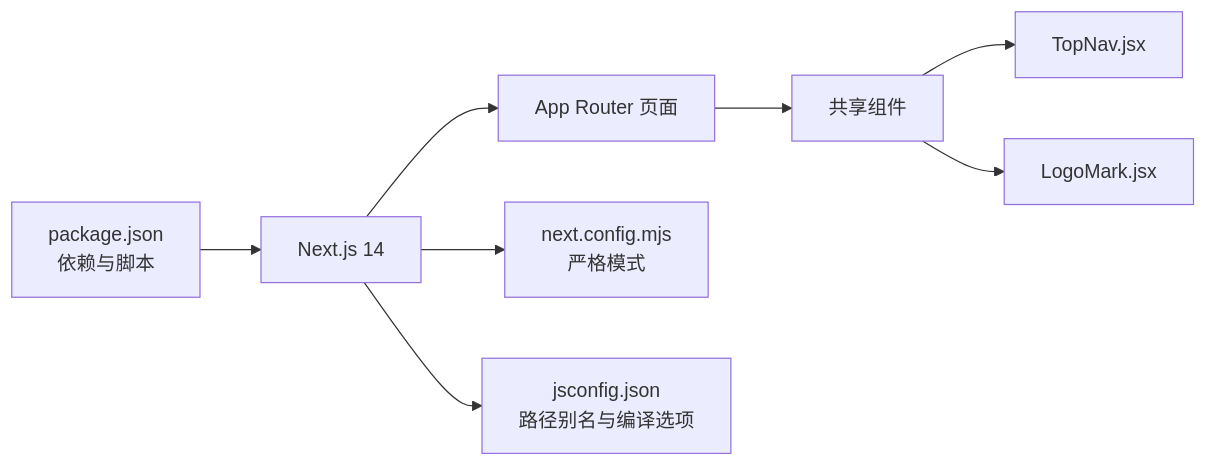
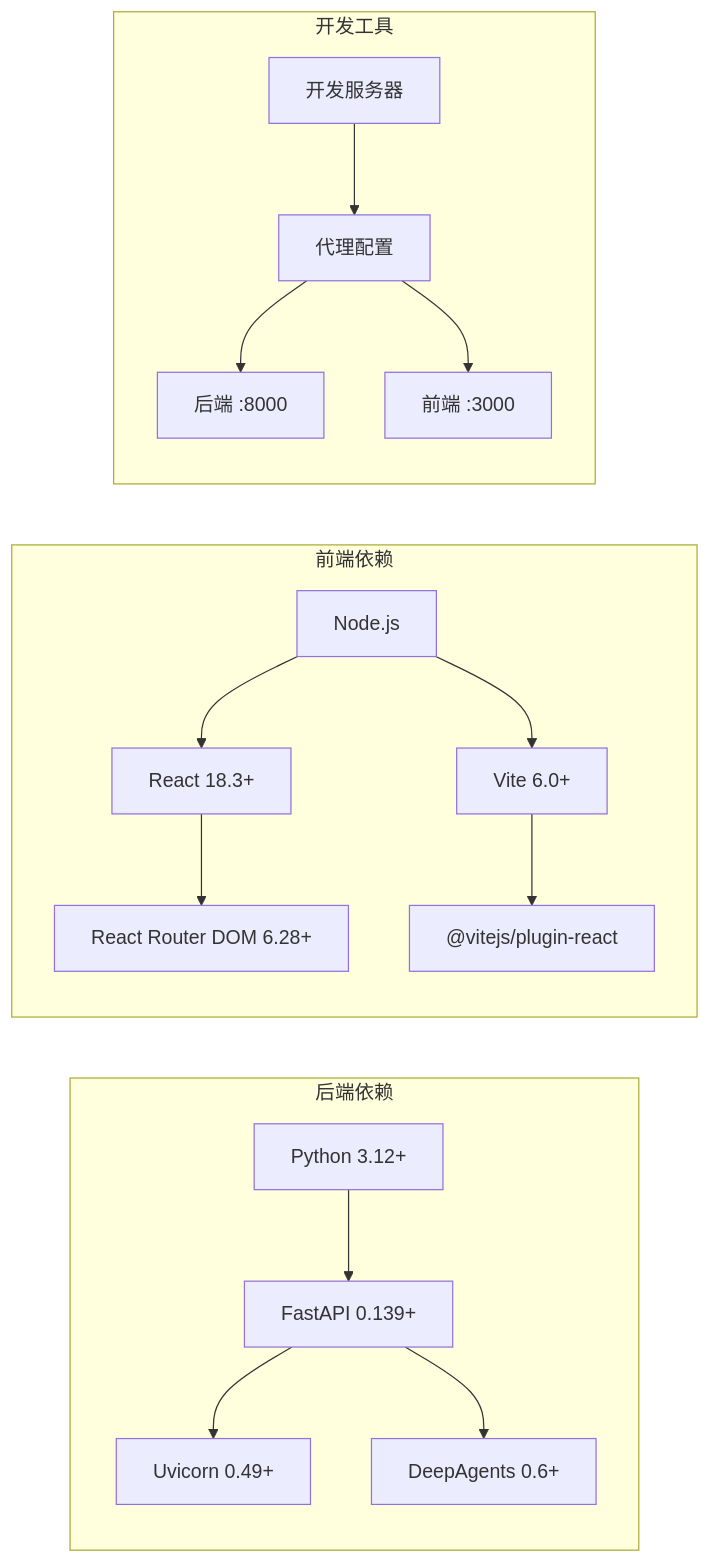
One commit to marvin9551/InsightMesh changed the seventh of 7 diagrams in .qoder/repowiki/zh/content/项目概述.md. Above: the diagram before and after it, drawn with Mermaid. The commit also changed other lines of this file and 10 other files, not shown here.

````diff
--- a/.qoder/repowiki/zh/content/项目概述.md
+++ b/.qoder/repowiki/zh/content/项目概述.md
@@ -294,10 +281,19 @@
 ```mermaid
 graph LR
-Pkg["package.json<br/>依赖与脚本"] --> Next["Next.js 14"]
-Next --> App["App Router 页面"]
-App --> Comp["共享组件"]
-Comp --> TopNav["TopNav.jsx"]
-Comp --> LogoMark["LogoMark.jsx"]
-Next --> Config["next.config.mjs<br/>严格模式"]
-Next --> JSC["jsconfig.json<br/>路径别名与编译选项"]
+subgraph "后端依赖"
+Py["Python 3.12+"] --> FastAPI["FastAPI 0.139+"]
+FastAPI --> Uvicorn["Uvicorn 0.49+"]
+FastAPI --> DeepAgents["DeepAgents 0.6+"]
+end
+subgraph "前端依赖"
+Node["Node.js"] --> React["React 18.3+"]
+React --> Router["React Router DOM 6.28+"]
+Node --> Vite["Vite 6.0+"]
+Vite --> Plugin["@vitejs/plugin-react"]
+end
+subgraph "开发工具"
+Dev["开发服务器"] --> Proxy["代理配置"]
+Proxy --> Backend["后端 :8000"]
+Proxy --> Frontend["前端 :3000"]
+end
 ```
````
